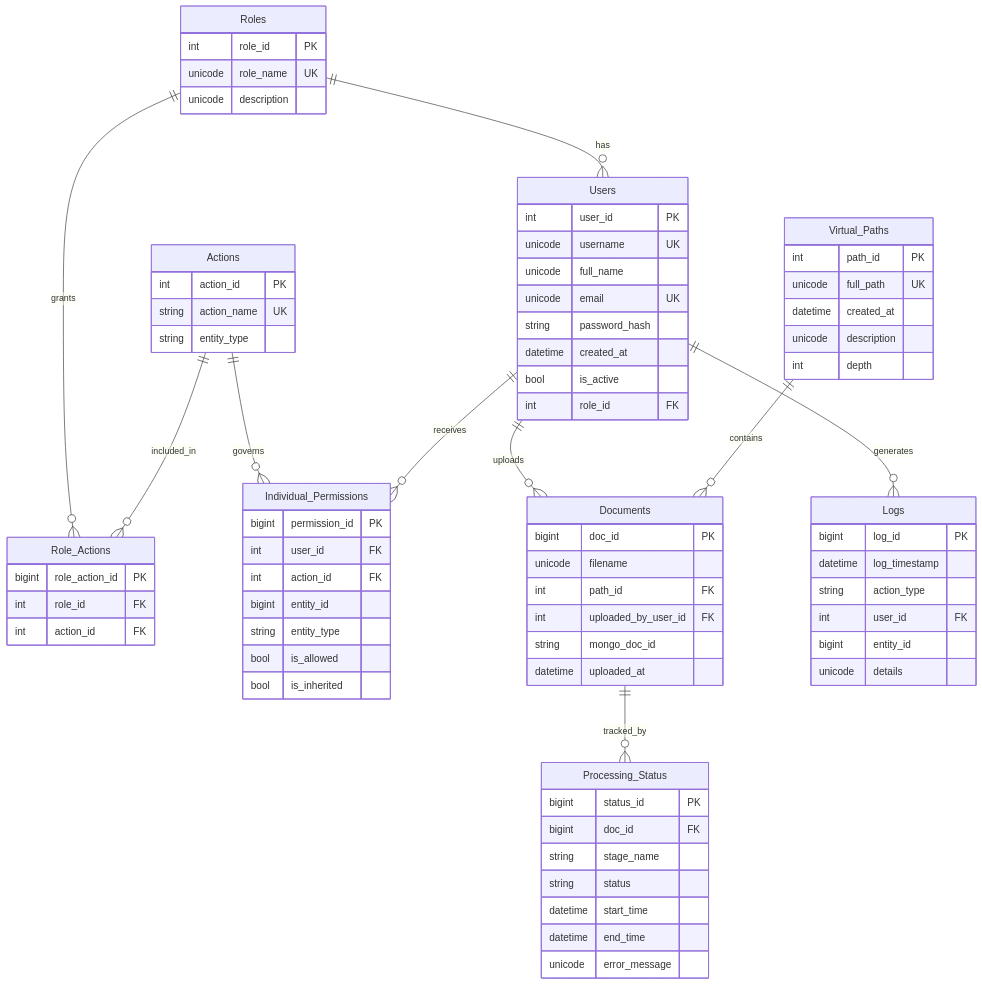
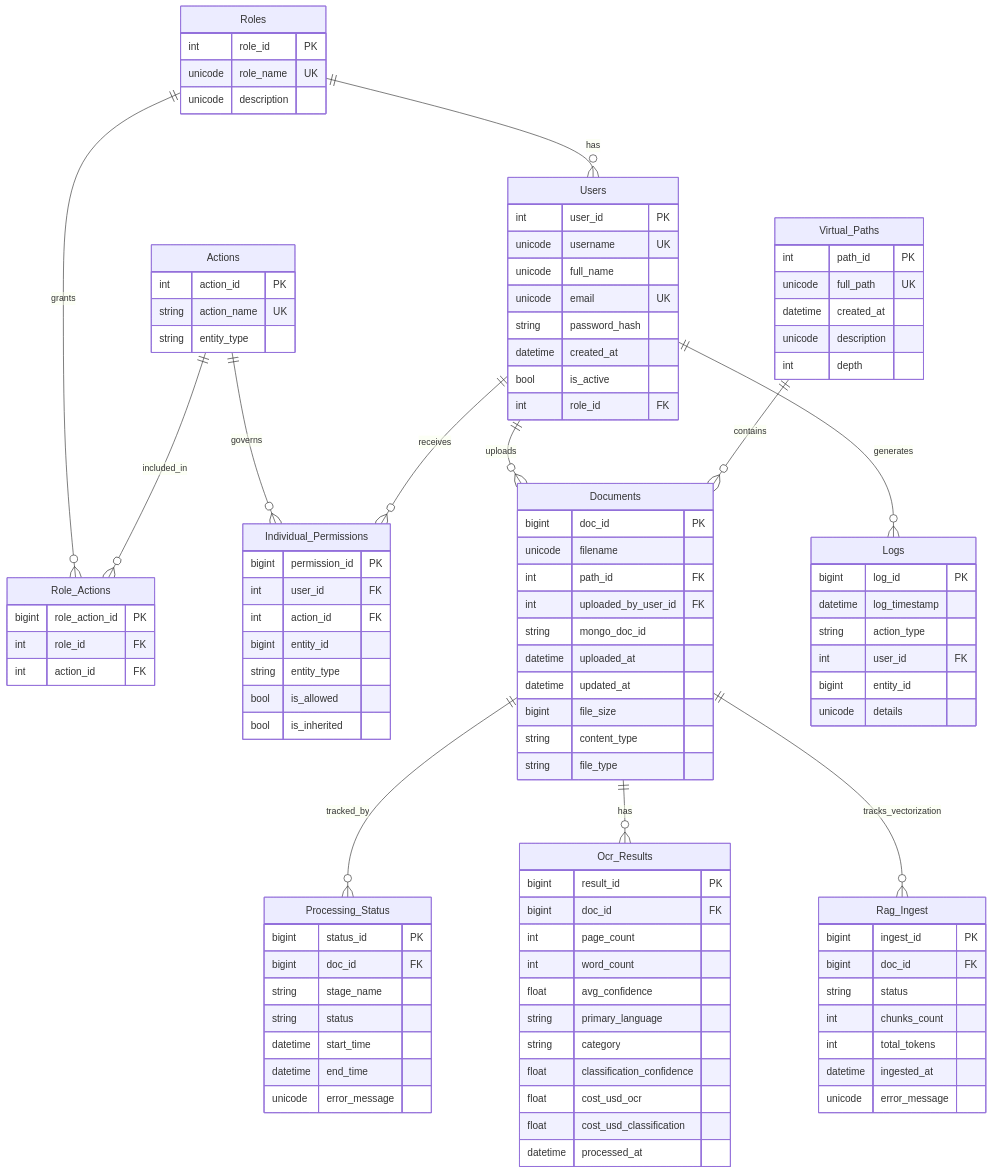
Before and after one commit to NassaQ/docs: the diagram in docs/concepts/database.md, drawn with Mermaid. The commit also changed other lines of this file and 9 other files, not shown here.

```diff
--- a/docs/concepts/database.md
+++ b/docs/concepts/database.md
@@ -20,6 +20,8 @@
     Users ||--o{ Logs : "generates"
     Virtual_Paths ||--o{ Documents : "contains"
     Documents ||--o{ Processing_Status : "tracked_by"
+    Documents ||--o{ Ocr_Results : "has"
+    Documents ||--o{ Rag_Ingest : "tracks_vectorization"
 
     Roles {
         int role_id PK
@@ -65,6 +67,34 @@
         int uploaded_by_user_id FK
         string mongo_doc_id
         datetime uploaded_at
+        datetime updated_at
+        bigint file_size
+        string content_type
+        string file_type
+    }
+
+    Ocr_Results {
+        bigint result_id PK
+        bigint doc_id FK
+        int page_count
+        int word_count
+        float avg_confidence
+        string primary_language
+        string category
+        float classification_confidence
+        float cost_usd_ocr
+        float cost_usd_classification
+        datetime processed_at
+    }
+
+    Rag_Ingest {
+        bigint ingest_id PK
+        bigint doc_id FK
+        string status
+        int chunks_count
+        int total_tokens
+        datetime ingested_at
+        unicode error_message
     }
 
     Processing_Status {
```
